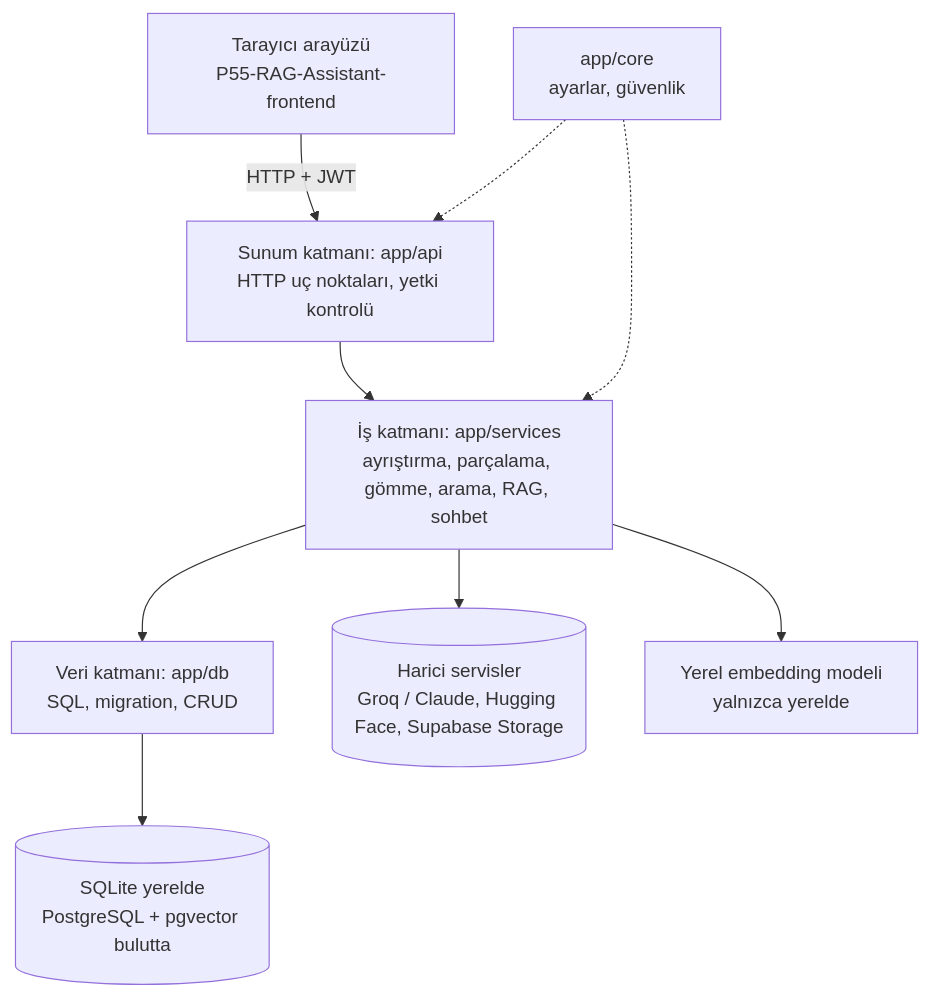
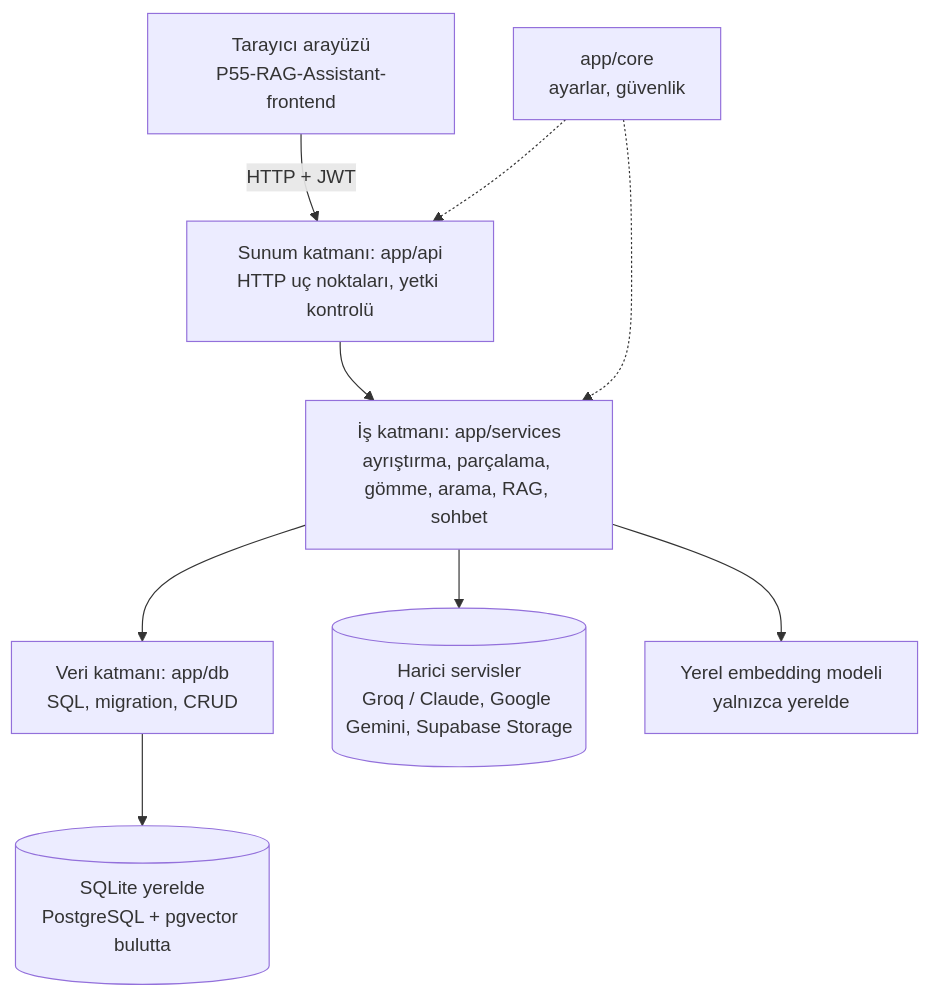
The first of 2 diagrams in docs/mimari.md (sametdogangun713-gif/P55-RAG-Assistant-backend), drawn with Mermaid before and after one commit. The commit also changed other lines of this file and 8 other files, not shown here.

````diff
--- a/docs/mimari.md
+++ b/docs/mimari.md
@@ -4,11 +4,11 @@
 ```mermaid
 flowchart TD
     UI[Tarayıcı arayüzü<br/>P55-RAG-Assistant-frontend] -->|HTTP + JWT| API
     API[Sunum katmanı: app/api<br/>HTTP uç noktaları, yetki kontrolü] --> BL
     BL[İş katmanı: app/services<br/>ayrıştırma, parçalama, gömme, arama, RAG, sohbet] --> DL
-    BL --> EXT[(Harici servisler<br/>Groq / Claude, Hugging Face, Supabase Storage)]
+    BL --> EXT[(Harici servisler<br/>Groq / Claude, Google Gemini, Supabase Storage)]
     BL --> EMB[Yerel embedding modeli<br/>yalnızca yerelde]
     DL[Veri katmanı: app/db<br/>SQL, migration, CRUD] --> DB[(SQLite yerelde<br/>PostgreSQL + pgvector bulutta)]
     CORE[app/core<br/>ayarlar, güvenlik] -.-> API
     CORE -.-> BL
 ```
````
